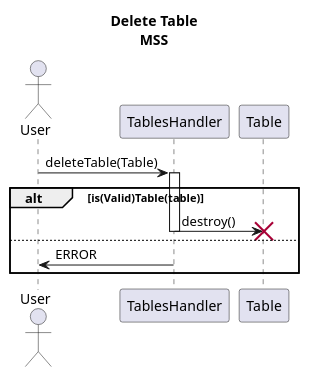
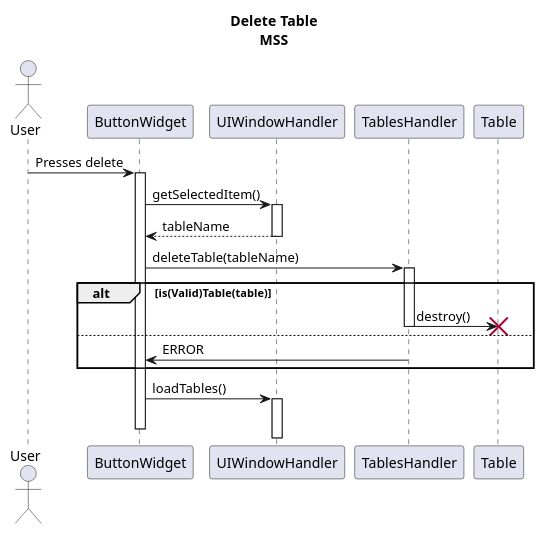
One commit to Bhamoss/softwareOntwerpProject changed the diagram in diagrams/interactionDiagrams/deleteTable.puml. Above: the diagram before and after it, drawn with PlantUML. The commit also changed 12 other files, not shown here.

Commit message:
diagrams

```diff
--- a/diagrams/interactionDiagrams/deleteTable.puml
+++ b/diagrams/interactionDiagrams/deleteTable.puml
@@ -1,16 +1,26 @@
 @startuml
 title Delete Table\nMSS
 Actor User
 
-User -> TablesHandler: deleteTable(Table)
+User->ButtonWidget: Presses delete
+activate ButtonWidget
+ButtonWidget ->UIWindowHandler: getSelectedItem()
+activate UIWindowHandler
+ButtonWidget <-- UIWindowHandler: tableName
+deactivate
+ButtonWidget -> TablesHandler: deleteTable(tableName)
 alt is(Valid)Table(table)
 activate TablesHandler
 
 TablesHandler -> Table: destroy()
 destroy Table
 else
 deactivate TablesHandler
-TablesHandler-> User : ERROR
+TablesHandler-> ButtonWidget : ERROR
 end
+ButtonWidget -> UIWindowHandler: loadTables()
+
+activate UIWindowHandler
+deactivate ButtonWidget
 
 @enduml
```
